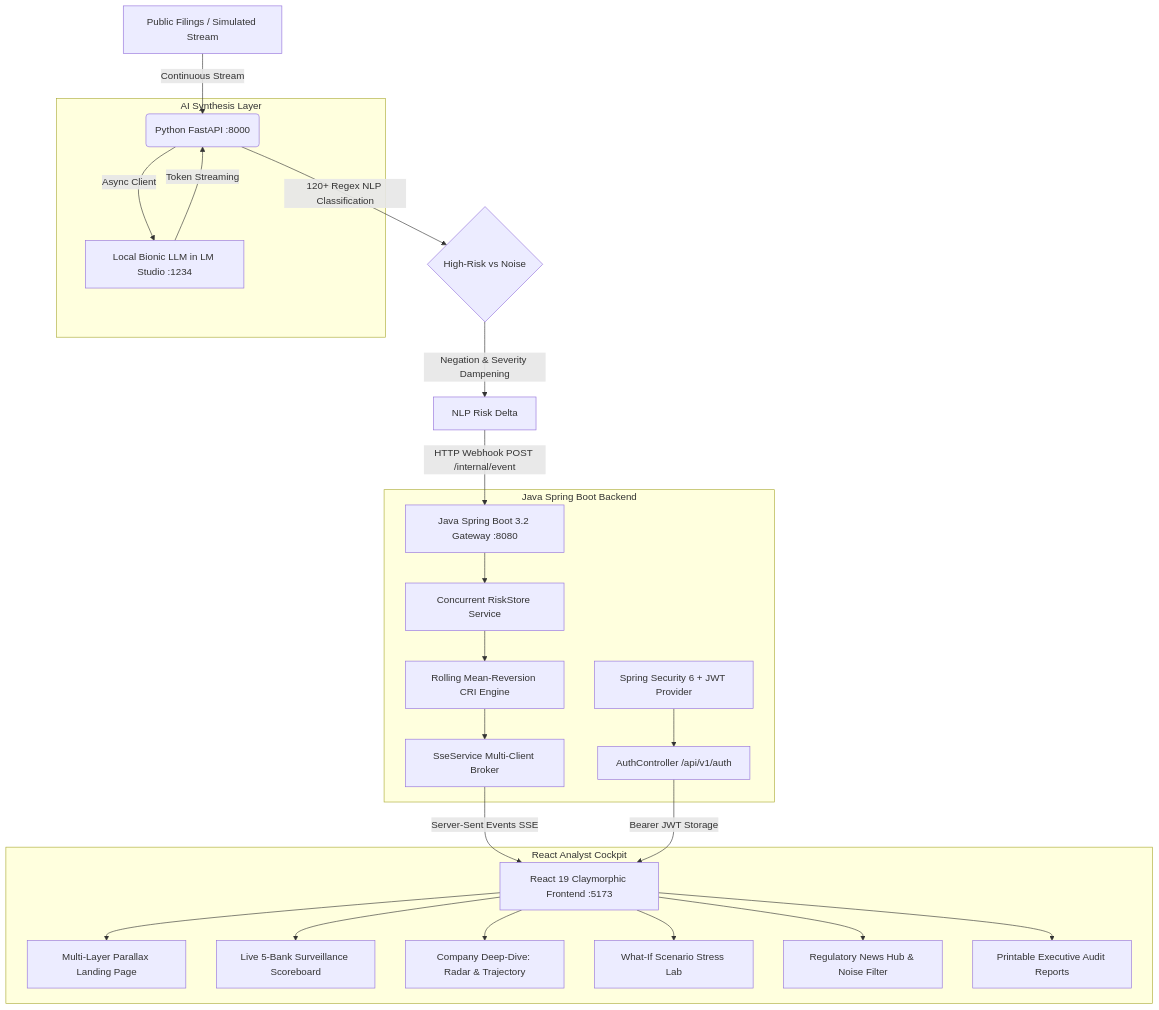
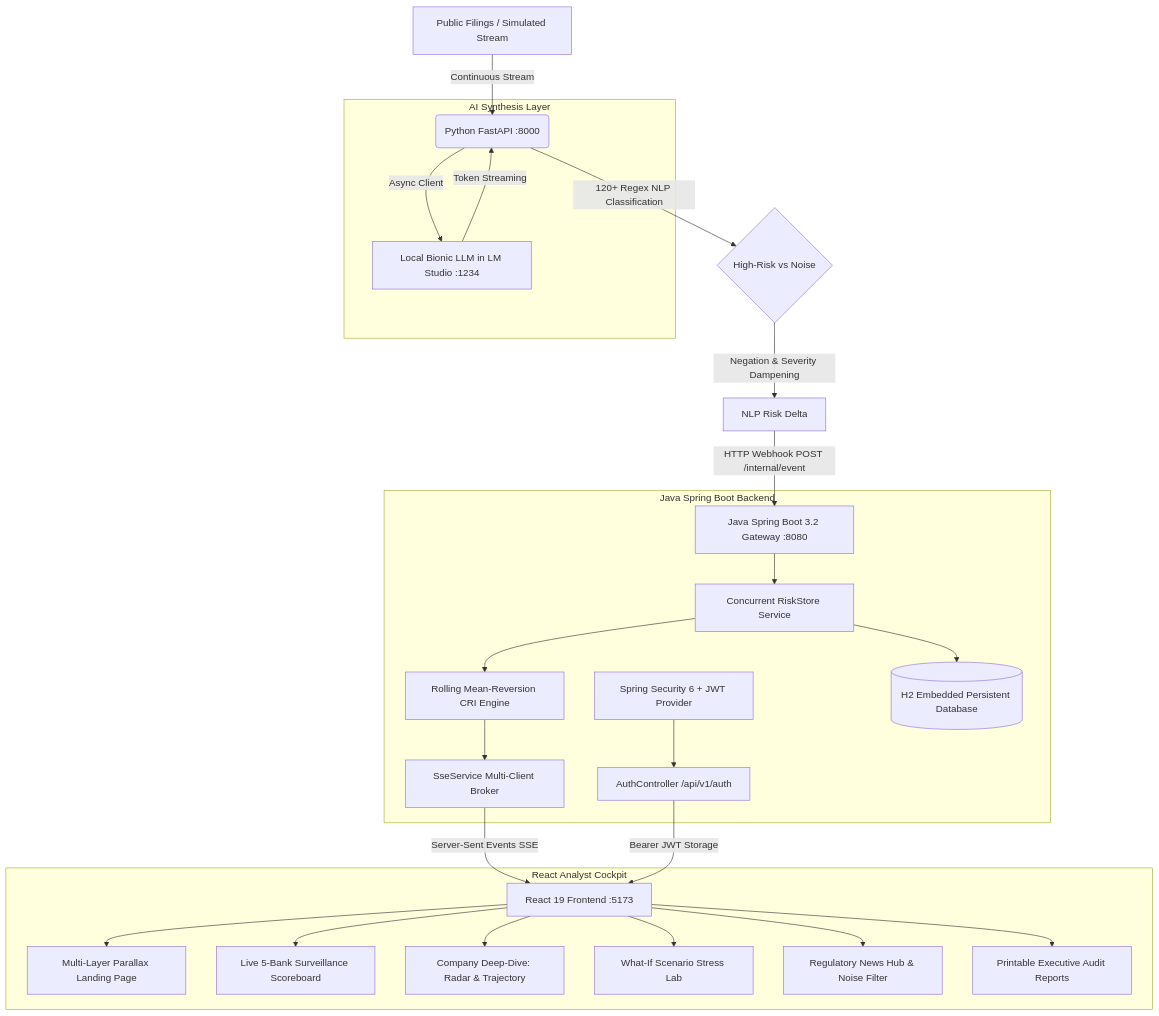
The diagram in README.md (pranav-6944/Riskradar-AI), drawn with Mermaid before and after one commit. The commit also changed other lines of this file and 10 other files, not shown here.

Commit message:
feat(ui): complete senior UI/UX overhaul with clean segmented navbar, dark/light mode toggle, refined institutional color schema, and interactive tech stack badges in README

````diff
--- a/README.md
+++ b/README.md
@@ -26,31 +76,32 @@
 ```mermaid
 graph TD
     A[Public Filings / Simulated Stream] -->|Continuous Stream| B(Python FastAPI :8000)
     B -->|120+ Regex NLP Classification| C{High-Risk vs Noise}
     C -->|Negation & Severity Dampening| D[NLP Risk Delta]
     D -->|HTTP Webhook POST /internal/event| E[Java Spring Boot 3.2 Gateway :8080]
     
     subgraph Java Spring Boot Backend
         E --> F[Concurrent RiskStore Service]
         F --> G[Rolling Mean-Reversion CRI Engine]
         G --> H[SseService Multi-Client Broker]
         I[Spring Security 6 + JWT Provider] --> J[AuthController /api/v1/auth]
+        F --> K[(H2 Embedded Persistent Database)]
     end
 
     subgraph AI Synthesis Layer
-        B -->|Async Client| K[Local Bionic LLM in LM Studio :1234]
-        K -->|Token Streaming| B
+        B -->|Async Client| L[Local Bionic LLM in LM Studio :1234]
+        L -->|Token Streaming| B
     end
 
-    H -->|Server-Sent Events SSE| L[React 19 Claymorphic Frontend :5173]
-    J -->|Bearer JWT Storage| L
+    H -->|Server-Sent Events SSE| M[React 19 Frontend :5173]
+    J -->|Bearer JWT Storage| M
 
     subgraph React Analyst Cockpit
-        L --> M[Multi-Layer Parallax Landing Page]
-        L --> N[Live 5-Bank Surveillance Scoreboard]
-        L --> O[Company Deep-Dive: Radar & Trajectory]
-        L --> P[What-If Scenario Stress Lab]
-        L --> Q[Regulatory News Hub & Noise Filter]
-        L --> R[Printable Executive Audit Reports]
+        M --> N[Multi-Layer Parallax Landing Page]
+        M --> O[Live 5-Bank Surveillance Scoreboard]
+        M --> P[Company Deep-Dive: Radar & Trajectory]
+        M --> Q[What-If Scenario Stress Lab]
+        M --> R[Regulatory News Hub & Noise Filter]
+        M --> S[Printable Executive Audit Reports]
     end
 ```
````
